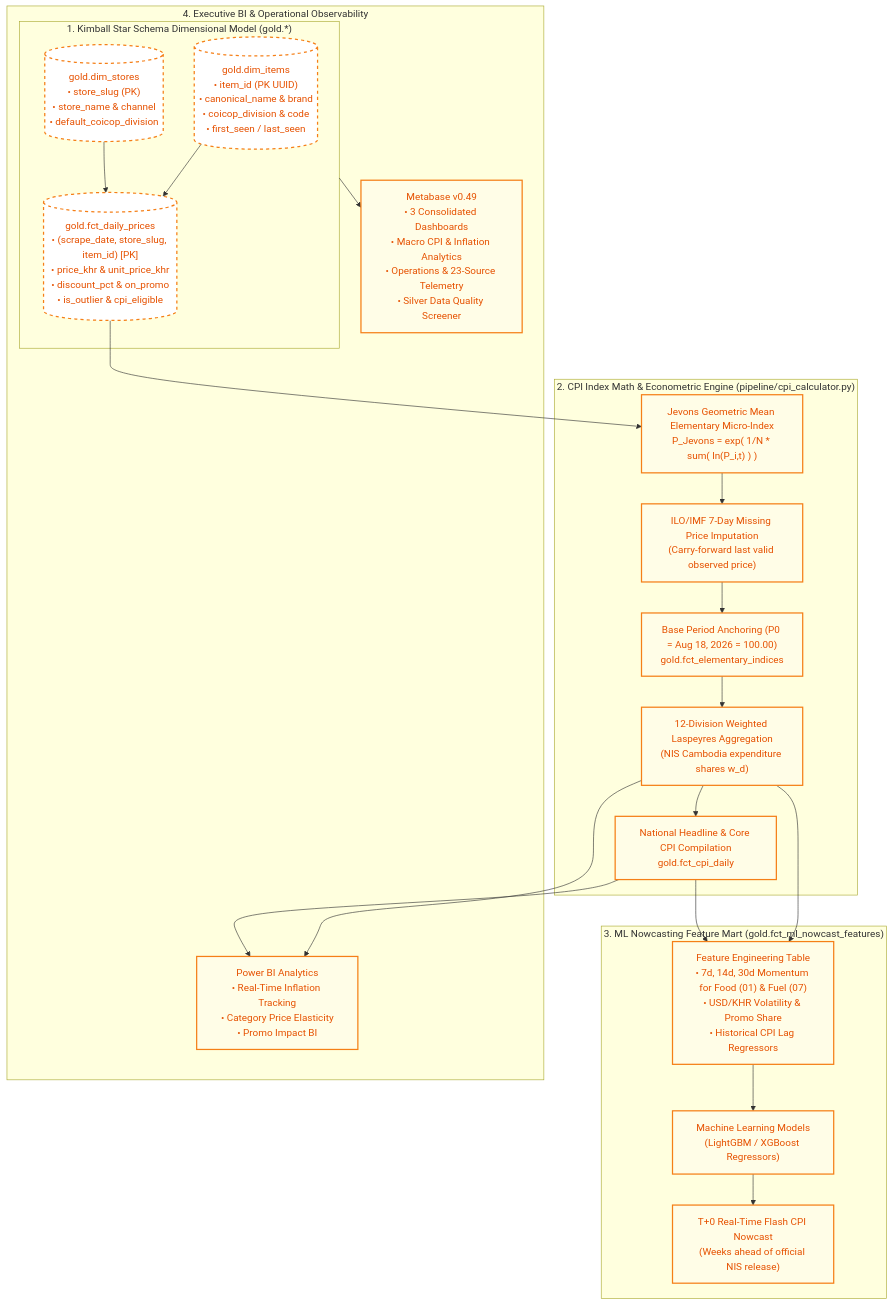
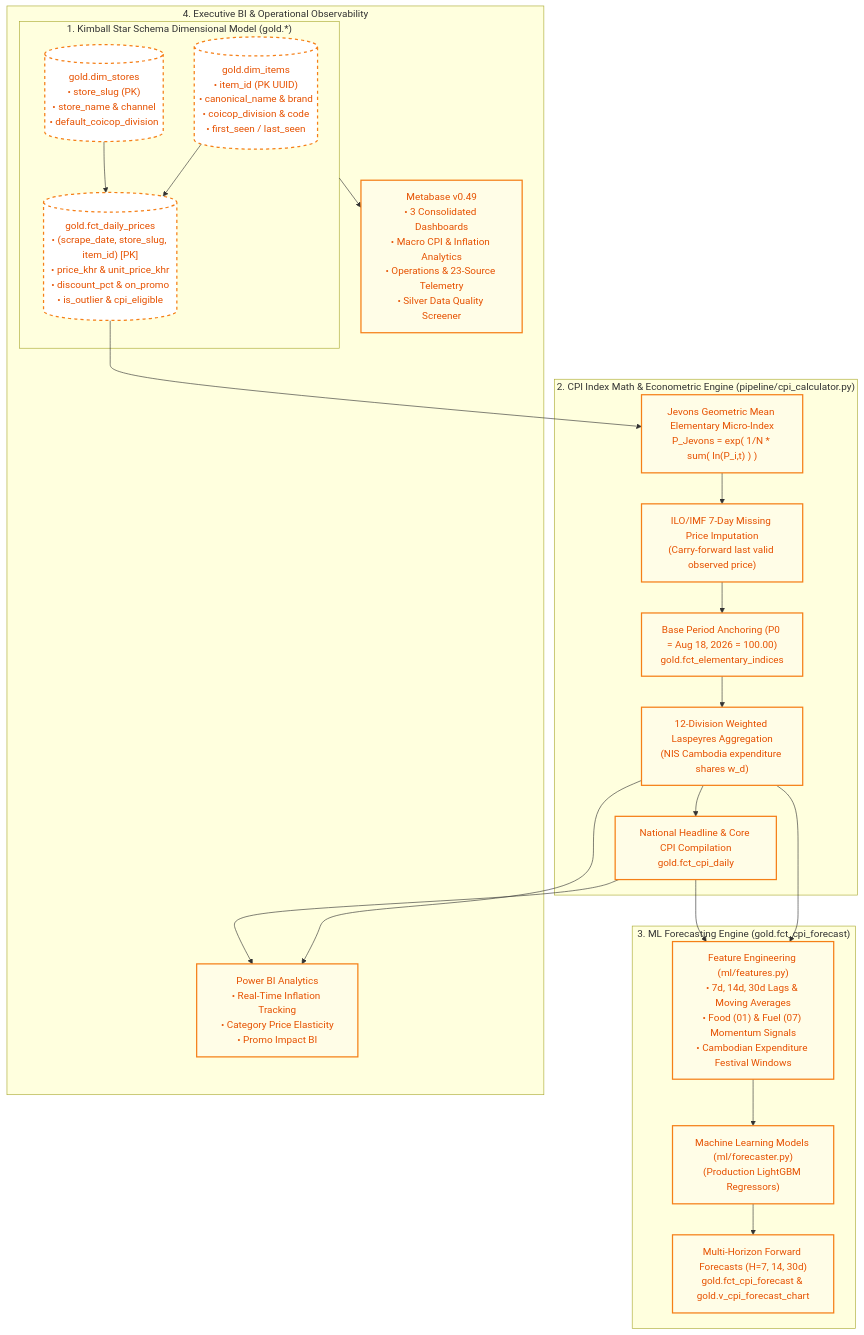
One commit to Korngmeng-Taing/Cambodia-cpi-pipeline changed the fourth of 4 diagrams in docs/ARCHITECTURE_DIAGRAMS.md. Above: the diagram before and after it, drawn with Mermaid. The commit also changed other lines of this file and 53 other files, not shown here.

Commit message:
feat(cpi): implement ML-assisted inflation nowcasting, multi-horizon forecaster, Airflow DAGs, and thesis synchronization

````diff
--- a/docs/ARCHITECTURE_DIAGRAMS.md
+++ b/docs/ARCHITECTURE_DIAGRAMS.md
@@ -155,35 +155,35 @@
 ```mermaid
 flowchart TD
     subgraph StarSchema["1. Kimball Star Schema Dimensional Model (gold.*)"]
         G_DIM1[("gold.dim_items\n• item_id (PK UUID)\n• canonical_name & brand\n• coicop_division & code\n• first_seen / last_seen")]
         G_DIM2[("gold.dim_stores\n• store_slug (PK)\n• store_name & channel\n• default_coicop_division")]
         G_FACT[("gold.fct_daily_prices\n• (scrape_date, store_slug, item_id) [PK]\n• price_khr & unit_price_khr\n• discount_pct & on_promo\n• is_outlier & cpi_eligible")]
         
         G_DIM1 --> G_FACT
         G_DIM2 --> G_FACT
     end
 
     subgraph IndexEngine["2. CPI Index Math & Econometric Engine (pipeline/cpi_calculator.py)"]
         G_FACT --> M1["Jevons Geometric Mean Elementary Micro-Index\nP_Jevons = exp( 1/N * sum( ln(P_i,t) ) )"]
         M1 --> M2["ILO/IMF 7-Day Missing Price Imputation\n(Carry-forward last valid observed price)"]
         M2 --> M3["Base Period Anchoring (P0 = Aug 18, 2026 = 100.00)\ngold.fct_elementary_indices"]
         M3 --> M4["12-Division Weighted Laspeyres Aggregation\n(NIS Cambodia expenditure shares w_d)"]
         M4 --> M5["National Headline & Core CPI Compilation\ngold.fct_cpi_daily"]
     end
 
-    subgraph FeatureStore["3. ML Nowcasting Feature Mart (gold.fct_ml_nowcast_features)"]
-        M4 & M5 --> F1["Feature Engineering Table\n• 7d, 14d, 30d Momentum for Food (01) & Fuel (07)\n• USD/KHR Volatility & Promo Share\n• Historical CPI Lag Regressors"]
-        F1 --> F2["Machine Learning Models\n(LightGBM / XGBoost Regressors)"]
-        F2 --> F3["T+0 Real-Time Flash CPI Nowcast\n(Weeks ahead of official NIS release)"]
+    subgraph FeatureStore["3. ML Forecasting Engine (gold.fct_cpi_forecast)"]
+        M4 & M5 --> F1["Feature Engineering (ml/features.py)\n• 7d, 14d, 30d Lags & Moving Averages\n• Food (01) & Fuel (07) Momentum Signals\n• Cambodian Expenditure Festival Windows"]
+        F1 --> F2["Machine Learning Models (ml/forecaster.py)\n(Production LightGBM Regressors)"]
+        F2 --> F3["Multi-Horizon Forward Forecasts (H=7, 14, 30d)\ngold.fct_cpi_forecast & gold.v_cpi_forecast_chart"]
     end
 
     subgraph Serving["4. Executive BI & Operational Observability"]
         M4 & M5 --> B1["Power BI Analytics\n• Real-Time Inflation Tracking\n• Category Price Elasticity\n• Promo Impact BI"]
         StarSchema --> B2["Metabase v0.49\n• 3 Consolidated Dashboards\n• Macro CPI & Inflation Analytics\n• Operations & 23-Source Telemetry\n• Silver Data Quality Screener"]
     end
 
     classDef gldBox fill:#fffde7,stroke:#f57f17,stroke-width:2px,color:#e65100;
     classDef gldTable fill:#ffffff,stroke:#f57f17,stroke-width:2px,stroke-dasharray: 5 5,color:#e65100;
     class M1,M2,M3,M4,M5,F1,F2,F3,B1,B2 gldBox;
     class G_DIM1,G_DIM2,G_FACT gldTable;
 ```
````
